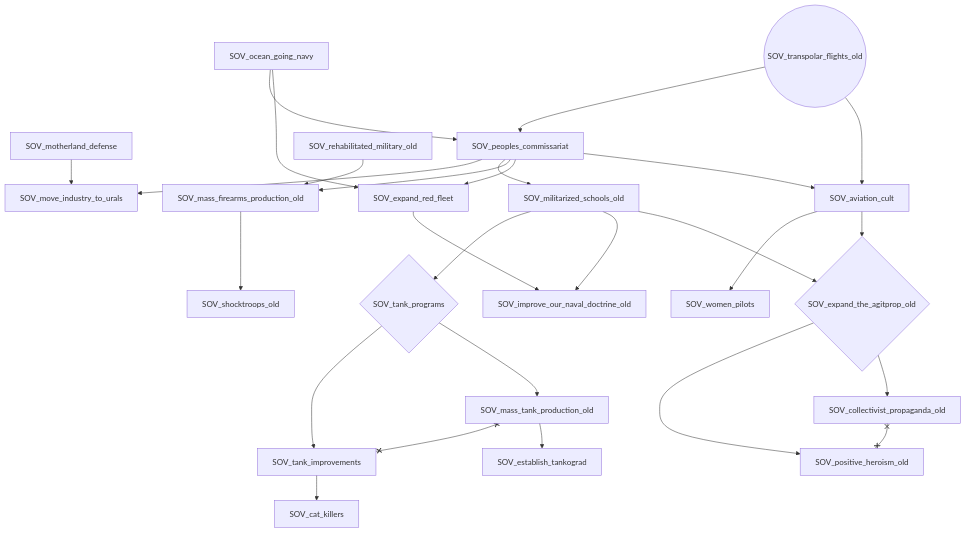
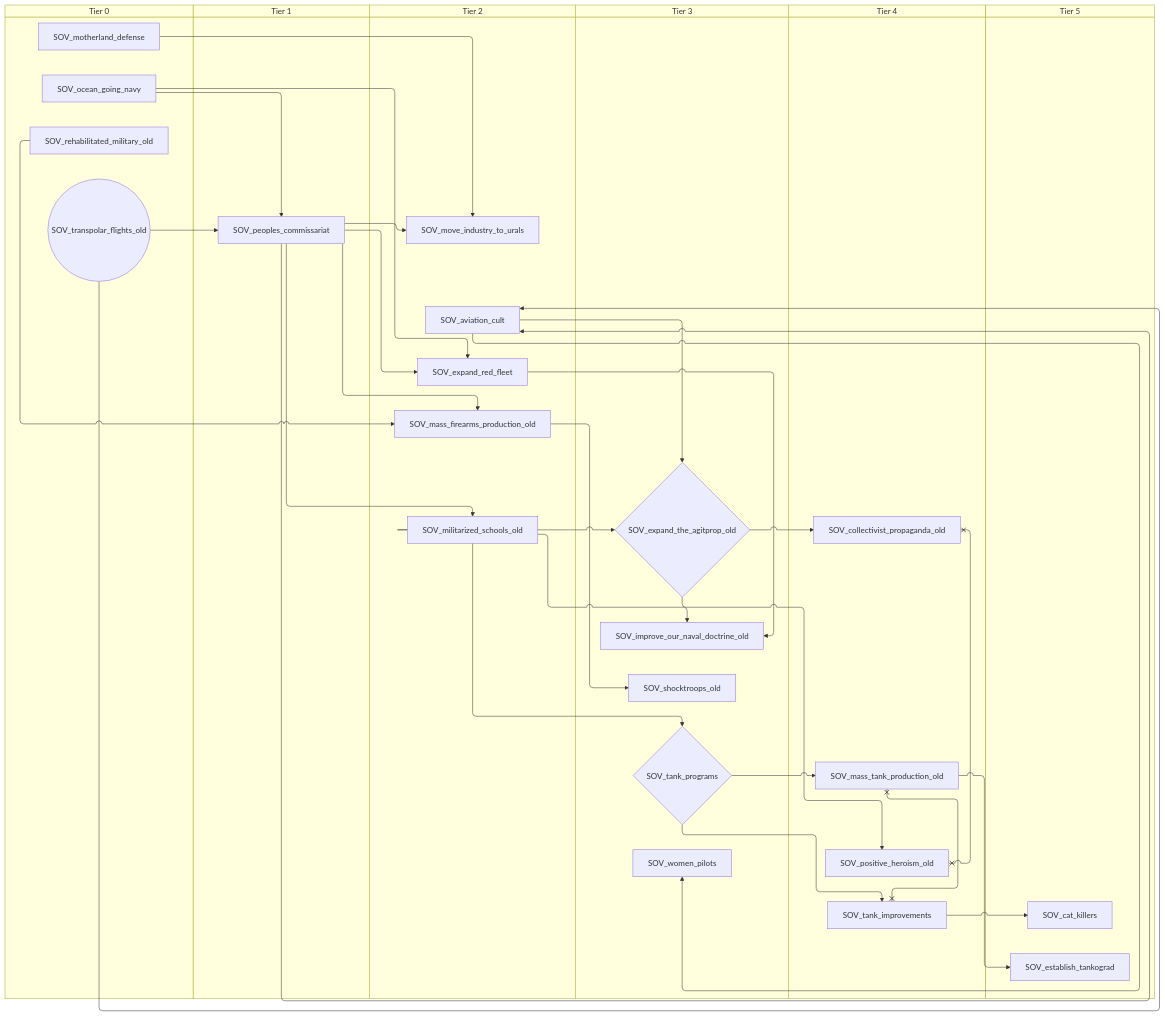
One commit to evgeny-sobol/hoi4-sandbox-mode-r56 changed the tenth of 10 diagrams in docs/gdd/National Focuses/soviet_old.md. Above: the diagram before and after it, drawn with Mermaid. The commit also changed other lines of this file and 423 other files, not shown here.

First line of the commit message:
Re-export Rt56 focus trees as swimlane diagrams

````diff
--- a/docs/gdd/National Focuses/soviet_old.md
+++ b/docs/gdd/National Focuses/soviet_old.md
@@ -754,50 +886,62 @@
 ```mermaid
-flowchart TD
-    n158["SOV_aviation_cult"]
-    n159["SOV_cat_killers"]
-    n160["SOV_collectivist_propaganda_old"]
-    n161["SOV_establish_tankograd"]
-    n162["SOV_expand_red_fleet"]
-    n163{"SOV_expand_the_agitprop_old"}
-    n164["SOV_improve_our_naval_doctrine_old"]
-    n165["SOV_mass_firearms_production_old"]
-    n166["SOV_mass_tank_production_old"]
-    n167["SOV_militarized_schools_old"]
-    n153["SOV_motherland_defense"]
-    n155["SOV_move_industry_to_urals"]
-    n168["SOV_ocean_going_navy"]
-    n156["SOV_peoples_commissariat"]
-    n169["SOV_positive_heroism_old"]
-    n170["SOV_rehabilitated_military_old"]
-    n171["SOV_shocktroops_old"]
-    n172["SOV_tank_improvements"]
-    n173{"SOV_tank_programs"}
-    n174(("SOV_transpolar_flights_old"))
-    n175["SOV_women_pilots"]
-    n156 --> n158
-    n174 --> n158
-    n172 --> n159
-    n163 --> n160
-    n166 --> n161
-    n156 --> n162
-    n168 --> n162
-    n167 --> n163
-    n158 --> n163
-    n162 --> n164
-    n167 --> n164
-    n170 --> n165
-    n156 --> n165
-    n173 --> n166
-    n156 --> n167
-    n153 --> n155
-    n156 --> n155
-    n174 --> n156
-    n168 --> n156
-    n163 --> n169
-    n165 --> n171
-    n173 --> n172
-    n167 --> n173
-    n158 --> n175
-    n160 x--x n169
-    n166 x--x n172
+swimlane-beta TD
+    subgraph tier_0["Tier 0"]
+        n149["SOV_motherland_defense"]
+        n158["SOV_ocean_going_navy"]
+        n159["SOV_rehabilitated_military_old"]
+        n160(("SOV_transpolar_flights_old"))
+    end
+    subgraph tier_1["Tier 1"]
+        n150["SOV_peoples_commissariat"]
+    end
+    subgraph tier_2["Tier 2"]
+        n161["SOV_aviation_cult"]
+        n162["SOV_expand_red_fleet"]
+        n163["SOV_mass_firearms_production_old"]
+        n164["SOV_militarized_schools_old"]
+        n152["SOV_move_industry_to_urals"]
+    end
+    subgraph tier_3["Tier 3"]
+        n165{"SOV_expand_the_agitprop_old"}
+        n166["SOV_improve_our_naval_doctrine_old"]
+        n167["SOV_shocktroops_old"]
+        n168{"SOV_tank_programs"}
+        n169["SOV_women_pilots"]
+    end
+    subgraph tier_4["Tier 4"]
+        n170["SOV_collectivist_propaganda_old"]
+        n171["SOV_mass_tank_production_old"]
+        n172["SOV_positive_heroism_old"]
+        n173["SOV_tank_improvements"]
+    end
+    subgraph tier_5["Tier 5"]
+        n174["SOV_cat_killers"]
+        n175["SOV_establish_tankograd"]
+    end
+    n150 --> n161
+    n160 --> n161
+    n173 --> n174
+    n165 --> n170
+    n171 --> n175
+    n150 --> n162
+    n158 --> n162
+    n164 --> n165
+    n161 --> n165
+    n162 --> n166
+    n164 --> n166
+    n159 --> n163
+    n150 --> n163
+    n168 --> n171
+    n150 --> n164
+    n149 --> n152
+    n150 --> n152
+    n160 --> n150
+    n158 --> n150
+    n165 --> n172
+    n163 --> n167
+    n168 --> n173
+    n164 --> n168
+    n161 --> n169
+    n170 x--x n172
+    n171 x--x n173
 ```
````
